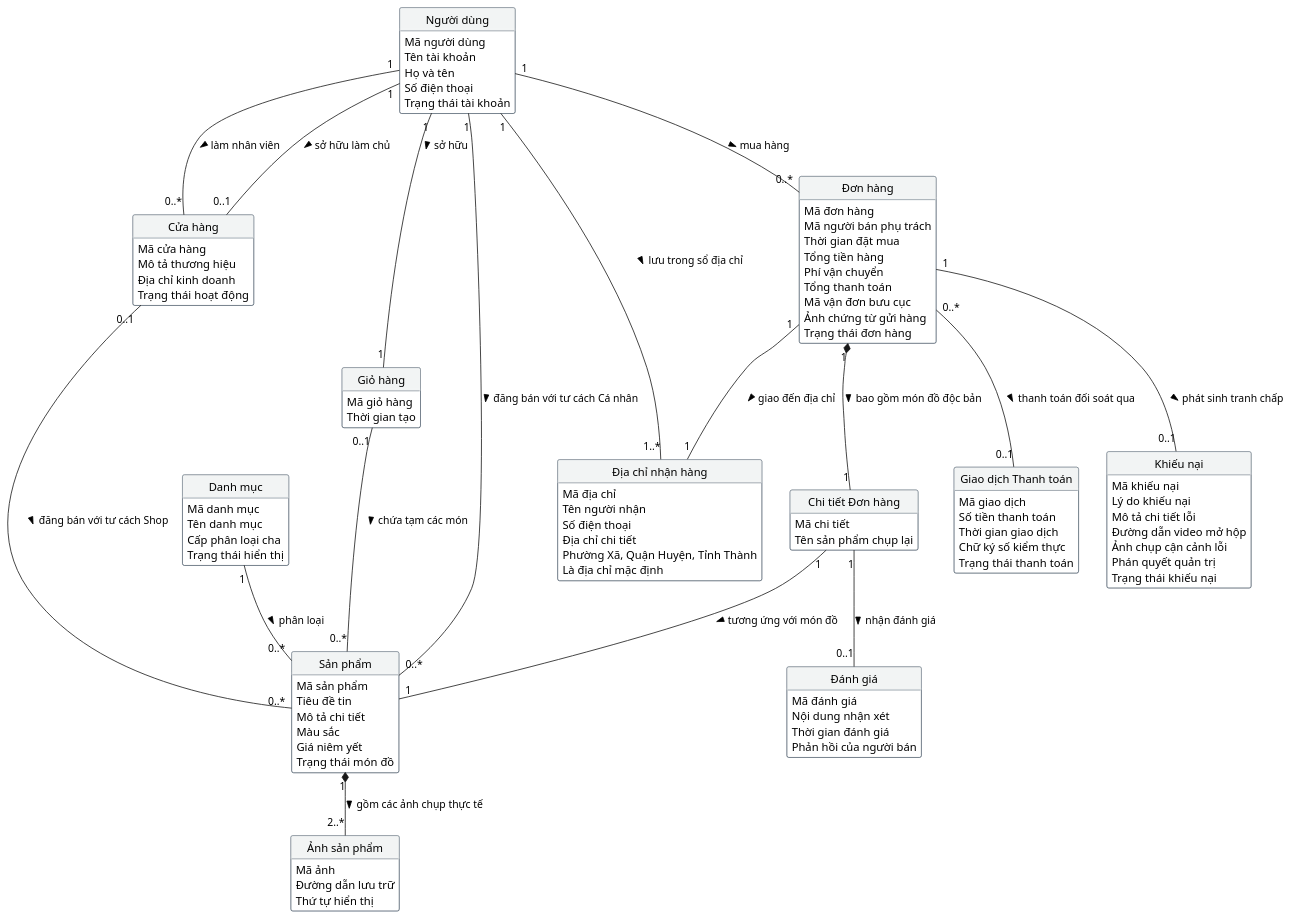
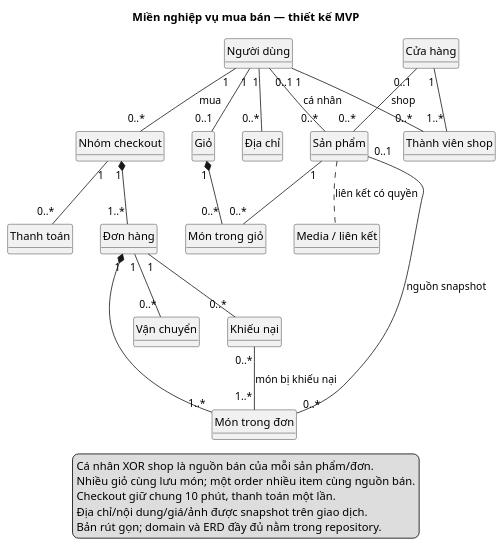
One commit to buihaiduongdev/rewear-be changed the diagram in docs/diagrams/domain-model/domain_class_diagram.puml. Above: the diagram before and after it, drawn with PlantUML. The commit also changed 34 other files, not shown here.

Commit message:
docs: align business specifications and report diagrams

```diff
--- a/docs/diagrams/domain-model/domain_class_diagram.puml
+++ b/docs/diagrams/domain-model/domain_class_diagram.puml
@@ -1,140 +1,46 @@
 @startuml
+title Miền nghiệp vụ mua bán — thiết kế MVP
 hide circle
 hide methods
 skinparam shadowing false
-skinparam defaultFontName Arial
-
-skinparam class {
-  BackgroundColor #FFFFFF
-  BorderColor #2C3E50
-  HeaderBackgroundColor #F2F4F4
-}
-
-class "Người dùng" as NguoiDung {
-  Mã người dùng
-  Tên tài khoản
-  Họ và tên
-  Email (Duy nhất)
-  Số điện thoại
-  Vai trò (Admin, User)
-  Trạng thái tài khoản
-}
-
-class "Cửa hàng" as CuaHang {
-  Mã cửa hàng
-  Tên cửa hàng (Duy nhất)
-  Mô tả thương hiệu
-  Địa chỉ kinh doanh
-  Trạng thái hoạt động
-}
-
-class "Địa chỉ nhận hàng" as DiaChi {
-  Mã địa chỉ
-  Tên người nhận
-  Số điện thoại
-  Địa chỉ chi tiết
-  Phường Xã, Quận Huyện, Tỉnh Thành
-  Là địa chỉ mặc định
-}
-
-class "Sản phẩm" as SanPham {
-  Mã sản phẩm
-  Tiêu đề tin
-  Mô tả chi tiết
-  Độ mới phần trăm (80%, 90%, Như mới)
-  Kích cỡ (Size)
-  Màu sắc
-  Giá niêm yết
-  Số lượng tồn kho (= 1)
-  Trạng thái món đồ
-}
-
-class "Danh mục" as DanhMuc {
-  Mã danh mục
-  Tên danh mục
-  Cấp phân loại cha
-  Trạng thái hiển thị
-}
-
-class "Ảnh sản phẩm" as AnhSanPham {
-  Mã ảnh
-  Đường dẫn lưu trữ
-  Thứ tự hiển thị
-}
-
-class "Giỏ hàng" as GioHang {
-  Mã giỏ hàng
-  Thời gian tạo
-}
-
-class "Đơn hàng" as DonHang {
-  Mã đơn hàng
-  Mã người bán phụ trách
-  Thời gian đặt mua
-  Tổng tiền hàng
-  Phí vận chuyển
-  Tổng thanh toán
-  Phương thức thanh toán (COD, Online)
-  Mã vận đơn bưu cục
-  Ảnh chứng từ gửi hàng
-  Trạng thái đơn hàng
-}
-
-class "Chi tiết Đơn hàng" as ChiTietDonHang {
-  Mã chi tiết
-  Giá bán chụp lại tại thời điểm đặt (Snapshot)
-  Tên sản phẩm chụp lại
-}
-
-class "Giao dịch Thanh toán" as ThanhToan {
-  Mã giao dịch
-  Mã tham chiếu đối tác (VNPAY/MoMo)
-  Số tiền thanh toán
-  Thời gian giao dịch
-  Chữ ký số kiểm thực
-  Trạng thái thanh toán
-}
-
-class "Khiếu nại" as KhieuNai {
-  Mã khiếu nại
-  Lý do khiếu nại
-  Mô tả chi tiết lỗi
-  Đường dẫn video mở hộp
-  Ảnh chụp cận cảnh lỗi
-  Phán quyết quản trị
-  Trạng thái khiếu nại
-}
-
-class "Đánh giá" as DanhGia {
-  Mã đánh giá
-  Số sao đánh giá (1 đến 5 sao)
-  Nội dung nhận xét
-  Thời gian đánh giá
-  Phản hồi của người bán
-}
-
-' Quan hệ phân quyền & người dùng
-NguoiDung "1" -- "0..1" CuaHang : sở hữu làm chủ >
-NguoiDung "1" -- "0..*" CuaHang : làm nhân viên >
-NguoiDung "1" -- "1..*" DiaChi : lưu trong sổ địa chỉ >
-NguoiDung "1" -- "1" GioHang : sở hữu >
-NguoiDung "1" -- "0..*" DonHang : mua hàng >
-
-' Quan hệ nguồn hàng
-CuaHang "0..1" -- "0..*" SanPham : đăng bán với tư cách Shop >
-NguoiDung "1" -- "0..*" SanPham : đăng bán với tư cách Cá nhân >
-
-DanhMuc "1" -- "0..*" SanPham : phân loại >
-SanPham "1" *-- "2..*" AnhSanPham : gồm các ảnh chụp thực tế >
-
-GioHang "0..1" -- "0..*" SanPham : chứa tạm các món >
-
-' Quan hệ đơn hàng & chi tiết
-DonHang "1" *-- "1" ChiTietDonHang : bao gồm món đồ độc bản >
-ChiTietDonHang "1" -- "1" SanPham : tương ứng với món đồ >
-
-DonHang "1" -- "1" DiaChi : giao đến địa chỉ >
-DonHang "0..*" -- "0..1" ThanhToan : thanh toán đối soát qua >
-DonHang "1" -- "0..1" KhieuNai : phát sinh tranh chấp >
-ChiTietDonHang "1" -- "0..1" DanhGia : nhận đánh giá >
+skinparam defaultFontName SansSerif
+skinparam classAttributeIconSize 0
+class "Người dùng" as U
+class "Địa chỉ" as A
+class "Cửa hàng" as S
+class "Thành viên shop" as M
+class "Sản phẩm" as P
+class "Media / liên kết" as Media
+class "Giỏ" as C
+class "Món trong giỏ" as CI
+class "Nhóm checkout" as G
+class "Đơn hàng" as O
+class "Món trong đơn" as I
+class "Thanh toán" as T
+class "Vận chuyển" as H
+class "Khiếu nại" as D
+U "1" -- "0..*" A
+U "1" -- "0..*" M
+S "1" -- "1..*" M
+U "0..1" -- "0..*" P : cá nhân
+S "0..1" -- "0..*" P : shop
+P .. Media : liên kết có quyền
+U "1" -- "0..1" C
+C "1" *-- "0..*" CI
+P "1" -- "0..*" CI
+U "1" -- "0..*" G : mua
+G "1" *-- "1..*" O
+O "1" *-- "1..*" I
+P "0..1" -- "0..*" I : nguồn snapshot
+G "1" -- "0..*" T
+O "1" -- "0..*" H
+O "1" -- "0..*" D
+D "0..*" -- "1..*" I : món bị khiếu nại
+legend bottom
+Cá nhân XOR shop là nguồn bán của mỗi sản phẩm/đơn.
+Nhiều giỏ cùng lưu món; một order nhiều item cùng nguồn bán.
+Checkout giữ chung 10 phút, thanh toán một lần.
+Địa chỉ/nội dung/giá/ảnh được snapshot trên giao dịch.
+Bản rút gọn; domain và ERD đầy đủ nằm trong repository.
+endlegend
 @enduml
```
